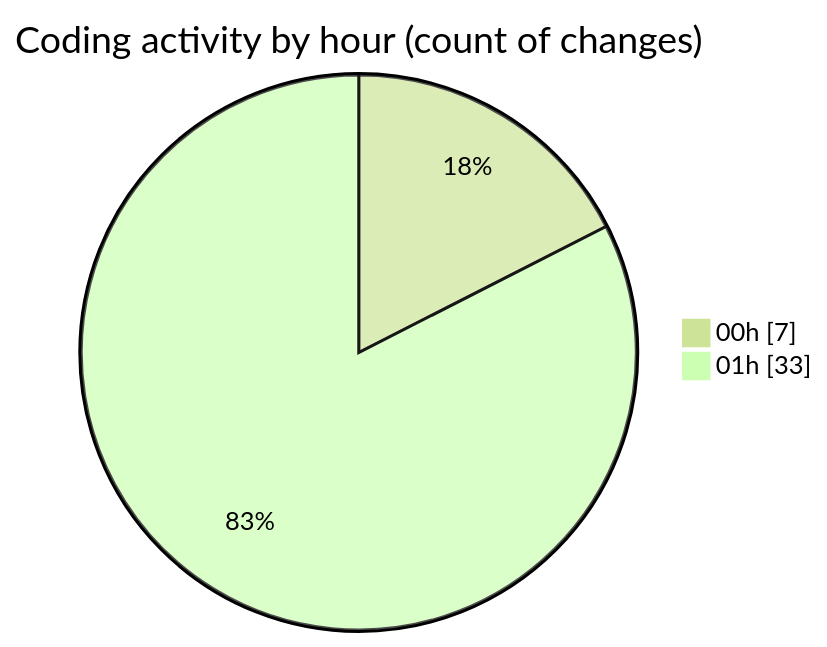
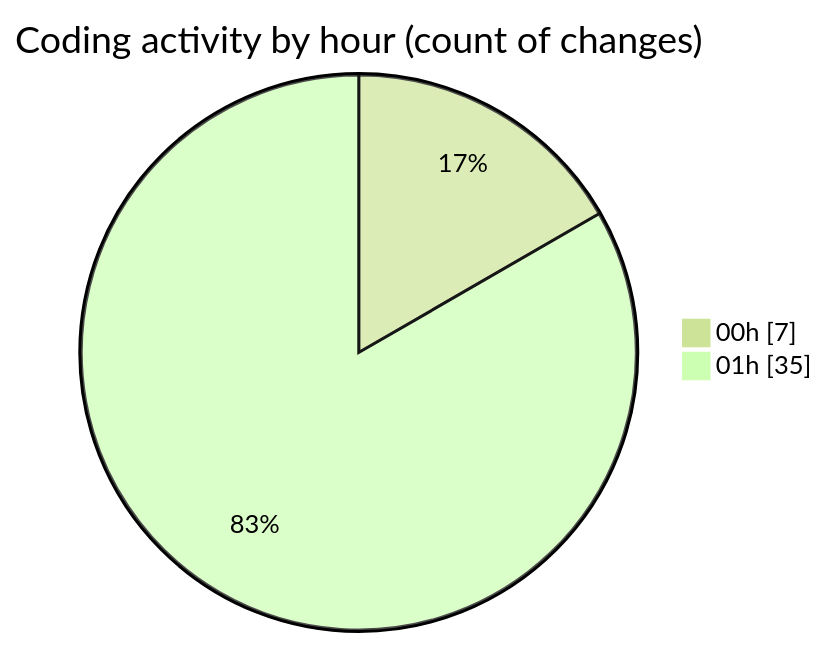
One commit to julien-gomy/code-tracking changed the second of 2 diagrams in 2025-10-07/eventscop-frontend-guide__workspace_/README.md. Above: the diagram before and after it, drawn with Mermaid (forest theme). The commit also changed other lines of this file and 1 other file, not shown here.

````diff
--- a/2025-10-07/eventscop-frontend-guide__workspace_/README.md
+++ b/2025-10-07/eventscop-frontend-guide__workspace_/README.md
@@ -52,6 +53,6 @@
 ```mermaid
 pie showData
 title Coding activity by hour (count of changes)
 "00h" : 7
-"01h" : 33
+"01h" : 35
 ```
````
